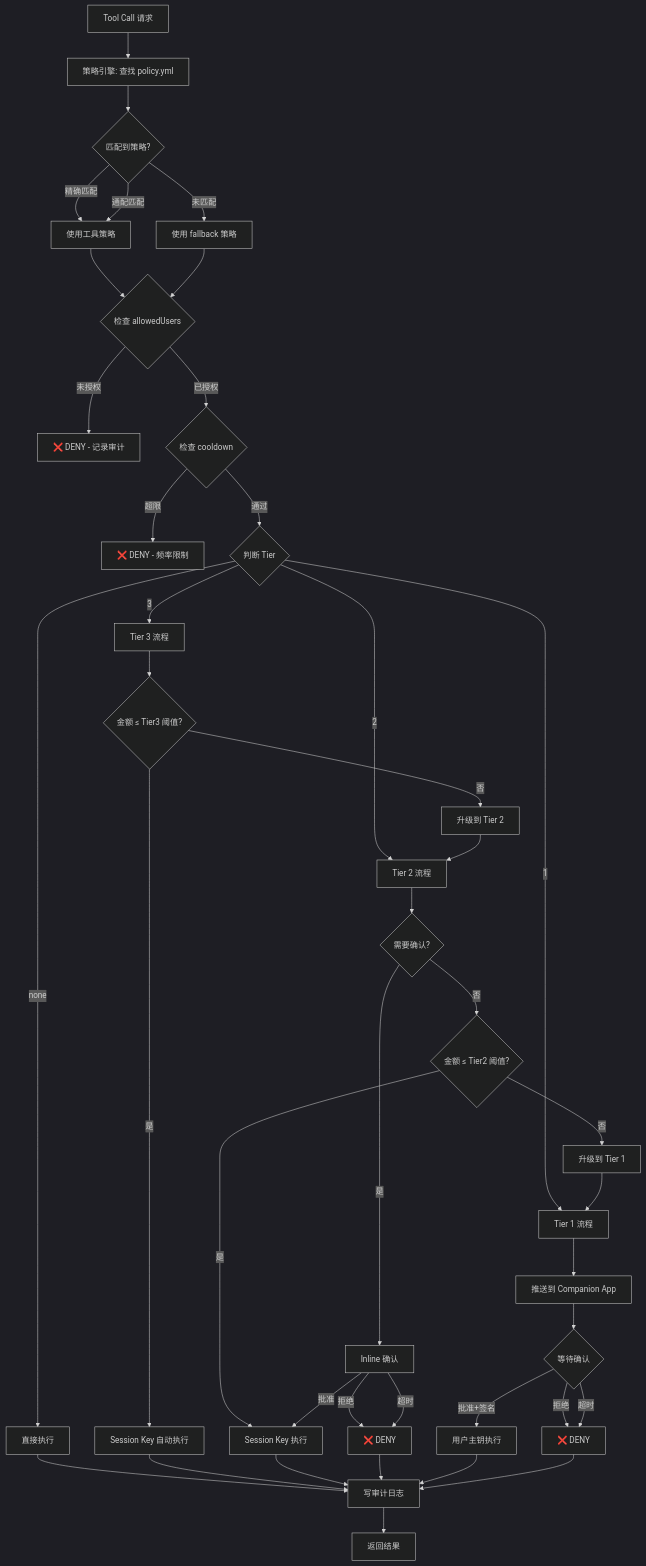
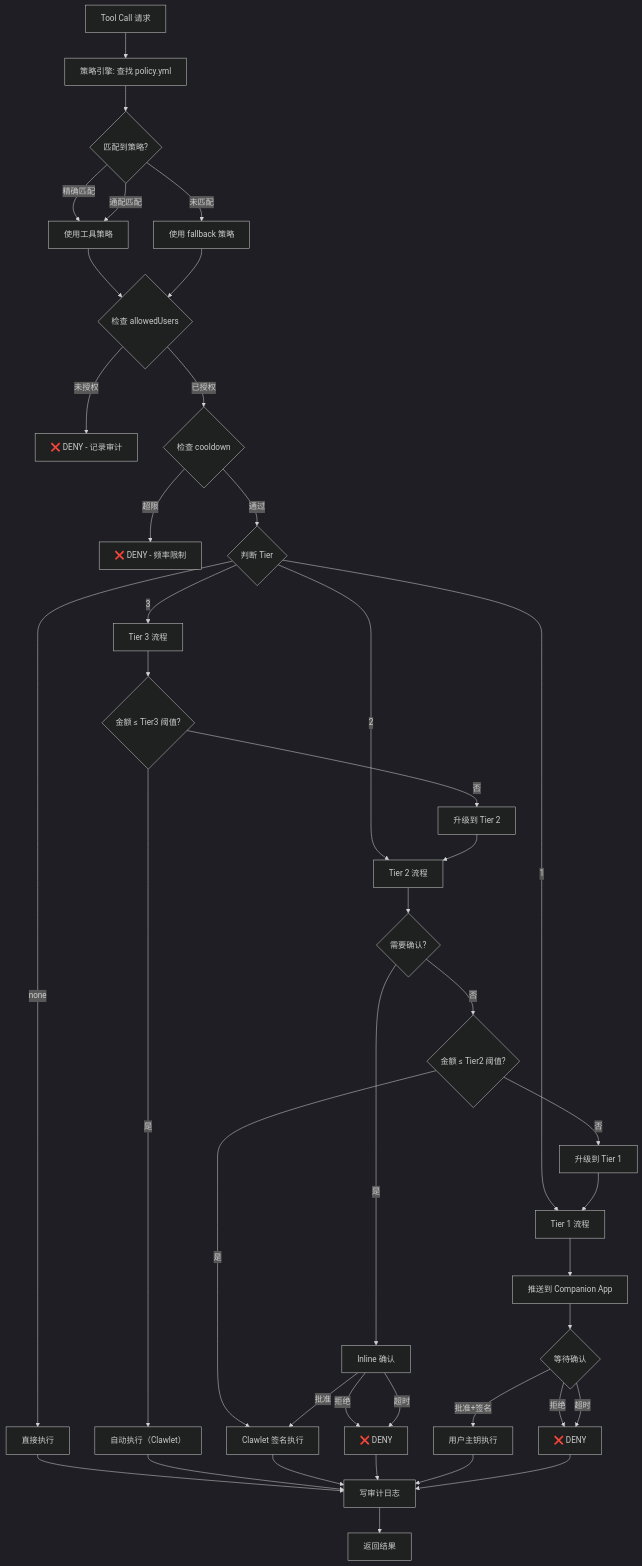
The first of 3 diagrams in docs/design/tier-policy.md (owliabot/owliabot), drawn with Mermaid (dark theme) before and after one commit. The commit also changed other lines of this file and 3 other files, not shown here.

First line of the commit message:
refactor: remove session key references from policy and docs

````diff
--- a/docs/design/tier-policy.md
+++ b/docs/design/tier-policy.md
@@ -444,48 +436,48 @@
 ```mermaid
 flowchart TD
     A[Tool Call 请求] --> B[策略引擎: 查找 policy.yml]
     B --> C{匹配到策略?}
     C -->|精确匹配| D[使用工具策略]
     C -->|通配匹配| D
     C -->|未匹配| E[使用 fallback 策略]
     D --> F{检查 allowedUsers}
     E --> F
     F -->|未授权| G[❌ DENY - 记录审计]
     F -->|已授权| H{检查 cooldown}
     H -->|超限| I[❌ DENY - 频率限制]
     H -->|通过| J{判断 Tier}
     
     J -->|none| K[直接执行]
     J -->|3| L[Tier 3 流程]
     J -->|2| M[Tier 2 流程]
     J -->|1| N[Tier 1 流程]
     
     K --> O[写审计日志]
     O --> P[返回结果]
     
     L --> L1{金额 ≤ Tier3 阈值?}
-    L1 -->|是| L2[Session Key 自动执行]
+    L1 -->|是| L2[自动执行（Clawlet）]
     L1 -->|否| L3[升级到 Tier 2]
     L2 --> O
     L3 --> M
     
     M --> M1{需要确认?}
     M1 -->|否| M2{金额 ≤ Tier2 阈值?}
     M1 -->|是| M3[Inline 确认]
-    M2 -->|是| M4[Session Key 执行]
+    M2 -->|是| M4[Clawlet 签名执行]
     M2 -->|否| M5[升级到 Tier 1]
     M3 -->|批准| M4
     M3 -->|拒绝| M6[❌ DENY]
     M3 -->|超时| M6
     M4 --> O
     M5 --> N
     M6 --> O
     
     N --> N1[推送到 Companion App]
     N1 --> N2{等待确认}
     N2 -->|批准+签名| N3[用户主钥执行]
     N2 -->|拒绝| N4[❌ DENY]
     N2 -->|超时| N4
     N3 --> O
     N4 --> O
 ```
````
